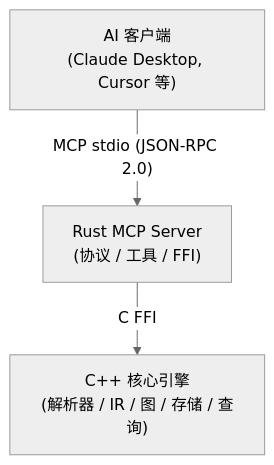
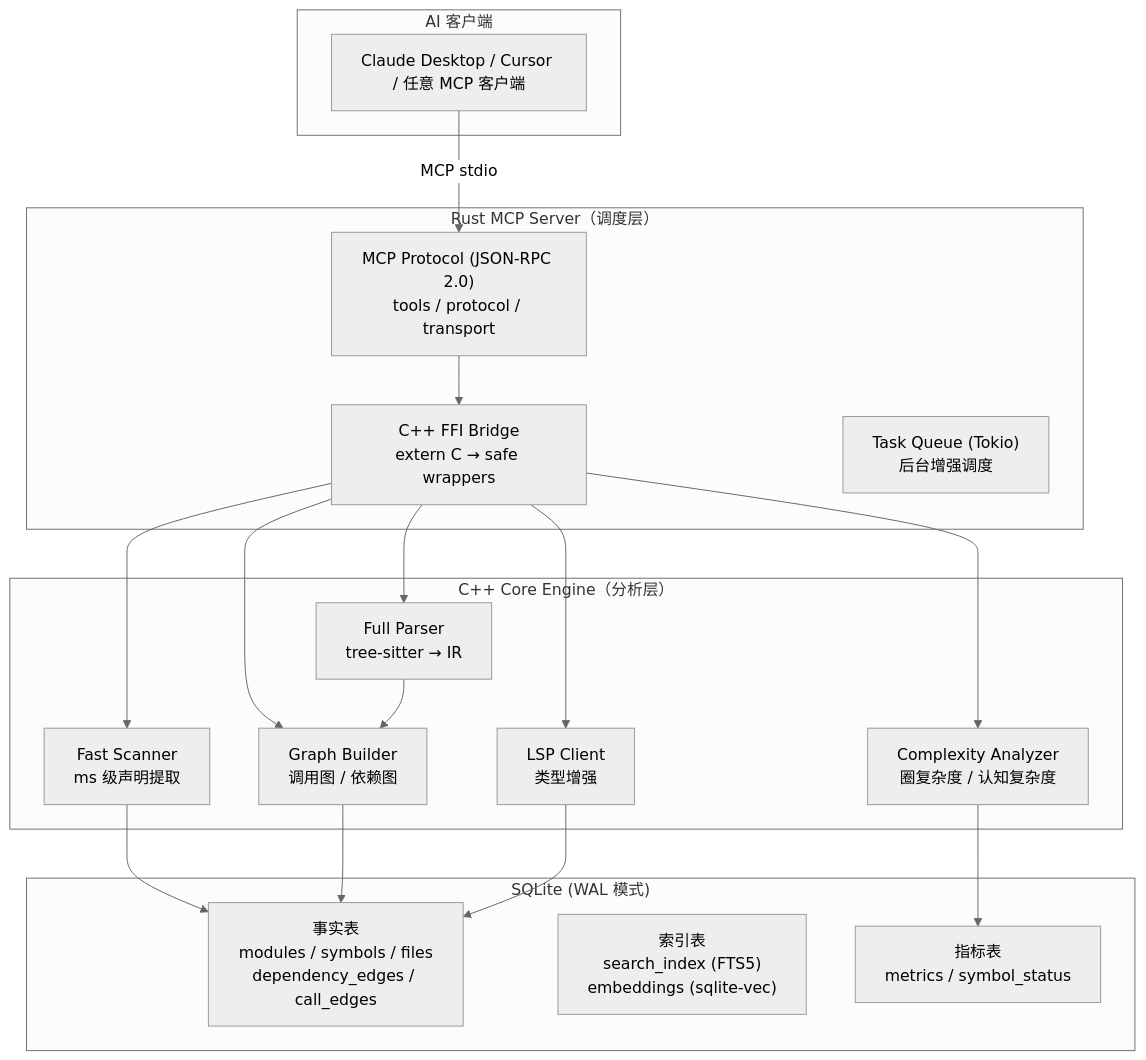
Before and after one commit to Timwood0x10/CodeScope: the first of 2 diagrams in README_CN.md, drawn with Mermaid (neutral theme). The commit also changed other lines of this file and 42 other files, not shown here.

````diff
--- a/README_CN.md
+++ b/README_CN.md
@@ -7,9 +7,40 @@
 ```mermaid
 graph TB
-    Client["AI 客户端<br/>(Claude Desktop, Cursor 等)"]
-    Server["Rust MCP Server<br/>(协议 / 工具 / FFI)"]
-    Engine["C++ 核心引擎<br/>(解析器 / IR / 图 / 存储 / 查询)"]
+    subgraph "AI 客户端"
+        Client["Claude Desktop / Cursor / 任意 MCP 客户端"]
+    end
 
-    Client -->|"MCP stdio (JSON-RPC 2.0)"| Server
-    Server -->|"C FFI"| Engine
+    subgraph "Rust MCP Server（调度层）"
+        MCP["MCP Protocol (JSON-RPC 2.0)<br/>tools / protocol / transport"]
+        FFI["C++ FFI Bridge<br/>extern C → safe wrappers"]
+        TQ["Task Queue (Tokio)<br/>后台增强调度"]
+    end
+
+    subgraph "C++ Core Engine（分析层）"
+        SCANNER["Fast Scanner<br/>ms 级声明提取"]
+        PARSER["Full Parser<br/>tree-sitter → IR"]
+        GRAPH["Graph Builder<br/>调用图 / 依赖图"]
+        COMPLEXITY["Complexity Analyzer<br/>圈复杂度 / 认知复杂度"]
+        LSP["LSP Client<br/>类型增强"]
+    end
+
+    subgraph "SQLite (WAL 模式)"
+        FACTS["事实表<br/>modules / symbols / files<br/>dependency_edges / call_edges"]
+        INDICES["索引表<br/>search_index (FTS5)<br/>embeddings (sqlite-vec)"]
+        METRICS["指标表<br/>metrics / symbol_status"]
+    end
+
+    Client -->|"MCP stdio"| MCP
+    MCP --> FFI
+    FFI --> SCANNER
+    FFI --> PARSER
+    FFI --> GRAPH
+    FFI --> COMPLEXITY
+    FFI --> LSP
+
+    SCANNER --> FACTS
+    PARSER --> GRAPH
+    GRAPH --> FACTS
+    COMPLEXITY --> METRICS
+    LSP --> FACTS
 ```
````
